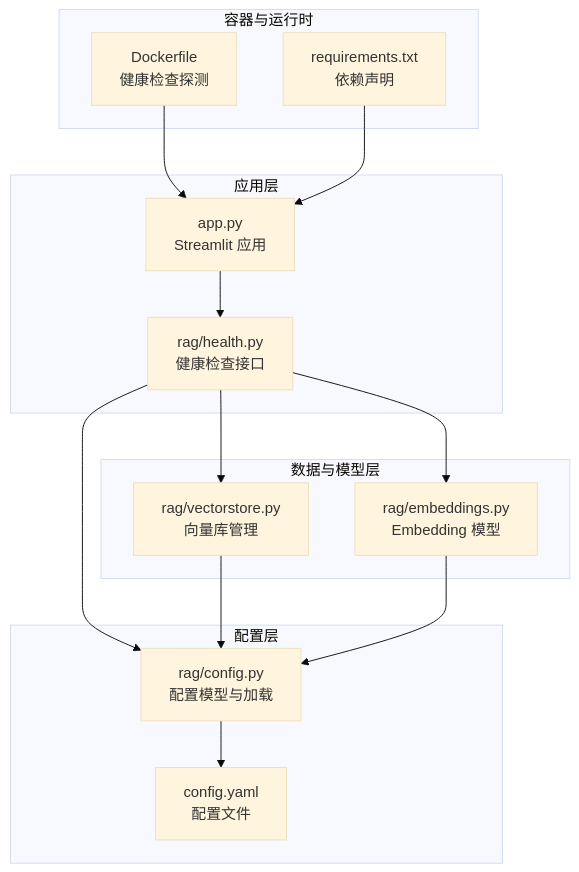
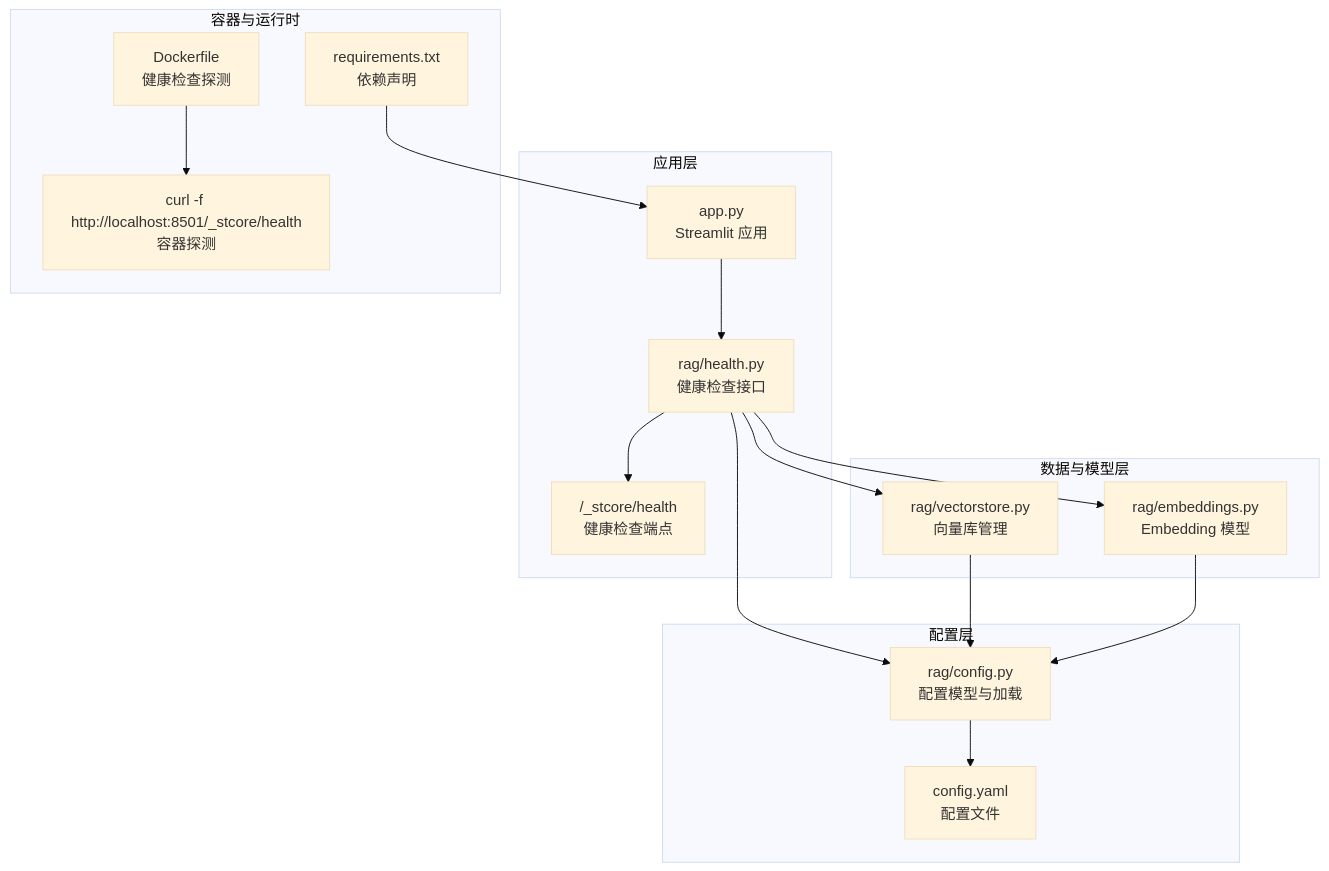
One commit to joyafa/knowledge changed the first of 8 diagrams in .qoder/repowiki/zh/content/RAG核心引擎/健康检查系统.md. Above: the diagram before and after it, drawn with Mermaid (base theme). The commit also changed other lines of this file and 20 other files, not shown here.

````diff
--- a/.qoder/repowiki/zh/content/RAG核心引擎/健康检查系统.md
+++ b/.qoder/repowiki/zh/content/RAG核心引擎/健康检查系统.md
@@ -39,28 +45,31 @@
 ```mermaid
 graph TB
 subgraph "应用层"
 APP["app.py<br/>Streamlit 应用"]
 HEALTH["rag/health.py<br/>健康检查接口"]
+ENDPOINT["/_stcore/health<br/>健康检查端点"]
 end
 subgraph "配置层"
 CFG["rag/config.py<br/>配置模型与加载"]
 YAML["config.yaml<br/>配置文件"]
 end
 subgraph "数据与模型层"
 VS["rag/vectorstore.py<br/>向量库管理"]
 EMB["rag/embeddings.py<br/>Embedding 模型"]
 end
 subgraph "容器与运行时"
 DK["Dockerfile<br/>健康检查探测"]
 REQ["requirements.txt<br/>依赖声明"]
+ENDPOINT2["curl -f http://localhost:8501/_stcore/health<br/>容器探测"]
 end
 APP --> HEALTH
+HEALTH --> ENDPOINT
 HEALTH --> CFG
 HEALTH --> VS
 HEALTH --> EMB
 CFG --> YAML
 VS --> CFG
 EMB --> CFG
-DK --> APP
+DK --> ENDPOINT2
 REQ --> APP
 ```
````
